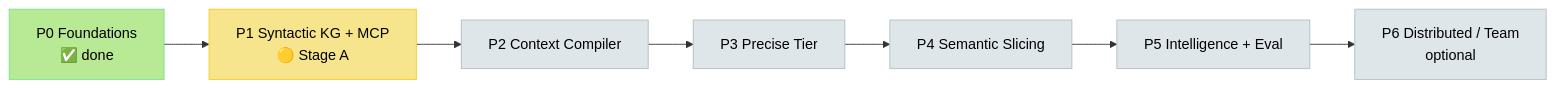
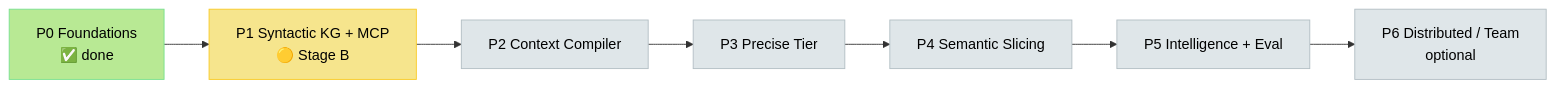
Before and after one commit to Md-Jazbee/prism: the first of 2 diagrams in docs/planning/TASKS-AND-PROGRESS.md, drawn with Mermaid. The commit also changed other lines of this file and 27 other files, not shown here.

````diff
--- a/docs/planning/TASKS-AND-PROGRESS.md
+++ b/docs/planning/TASKS-AND-PROGRESS.md
@@ -26,17 +26,17 @@
 ```mermaid
 flowchart LR
-    P0[P0 Foundations<br/>✅ done] --> P1[P1 Syntactic KG + MCP<br/>🟡 Stage A]
+    P0[P0 Foundations<br/>✅ done] --> P1[P1 Syntactic KG + MCP<br/>🟡 Stage B]
     P1 --> P2[P2 Context Compiler]
     P2 --> P3[P3 Precise Tier]
     P3 --> P4[P4 Semantic Slicing]
     P4 --> P5[P5 Intelligence + Eval]
     P5 --> P6[P6 Distributed / Team<br/>optional]
 
     style P0 fill:#b8e994,stroke:#78e08f,color:#000
     style P1 fill:#f6e58d,stroke:#f9ca24,color:#000
     style P2 fill:#dfe6e9,stroke:#b2bec3,color:#000
     style P3 fill:#dfe6e9,stroke:#b2bec3,color:#000
     style P4 fill:#dfe6e9,stroke:#b2bec3,color:#000
     style P5 fill:#dfe6e9,stroke:#b2bec3,color:#000
     style P6 fill:#dfe6e9,stroke:#b2bec3,color:#000
 ```
````
